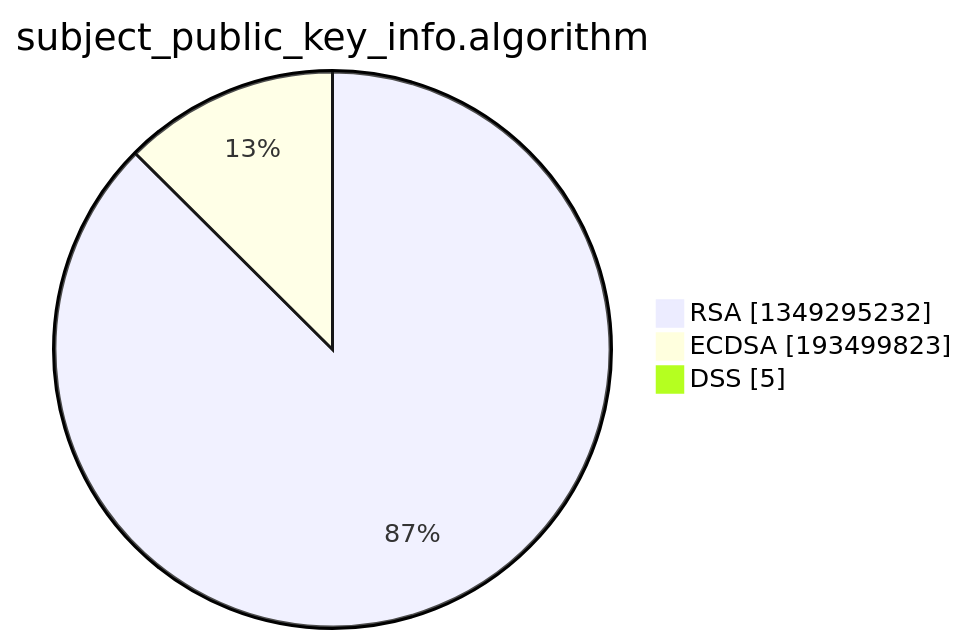
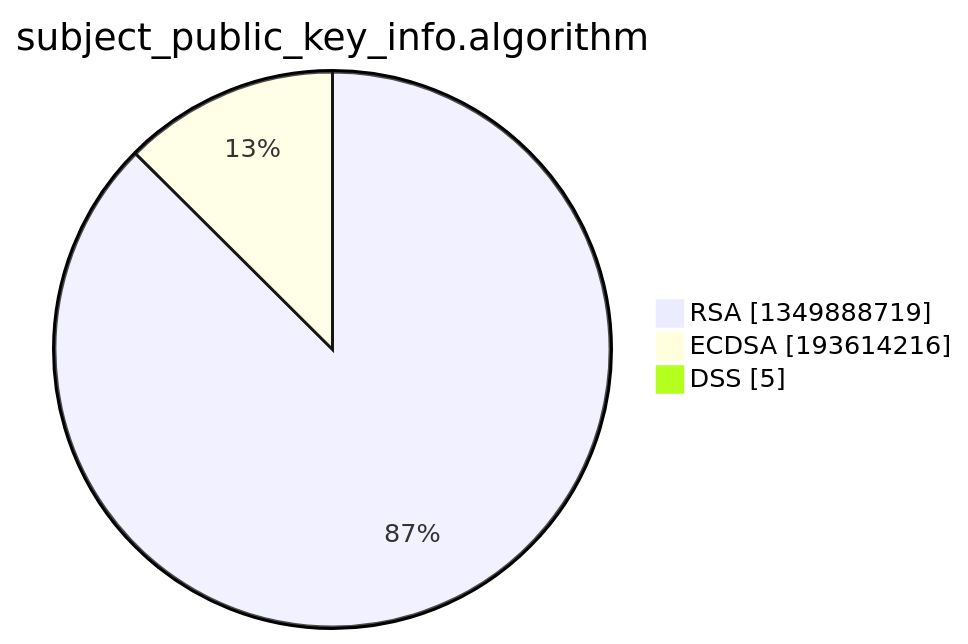
One commit to christiankrug/ctmonitor_visualization changed the third of 15 diagrams in xenon2022/README.md. Above: the diagram before and after it, drawn with Mermaid. The commit also changed other lines of this file, not shown here.

````diff
--- a/xenon2022/README.md
+++ b/xenon2022/README.md
@@ -14,7 +14,7 @@
 ```mermaid
 pie showData
 title subject_public_key_info.algorithm
-"RSA" :1349295232
-"ECDSA" :193499823
+"RSA" :1349888719
+"ECDSA" :193614216
 "DSS" :5
 ```
````
